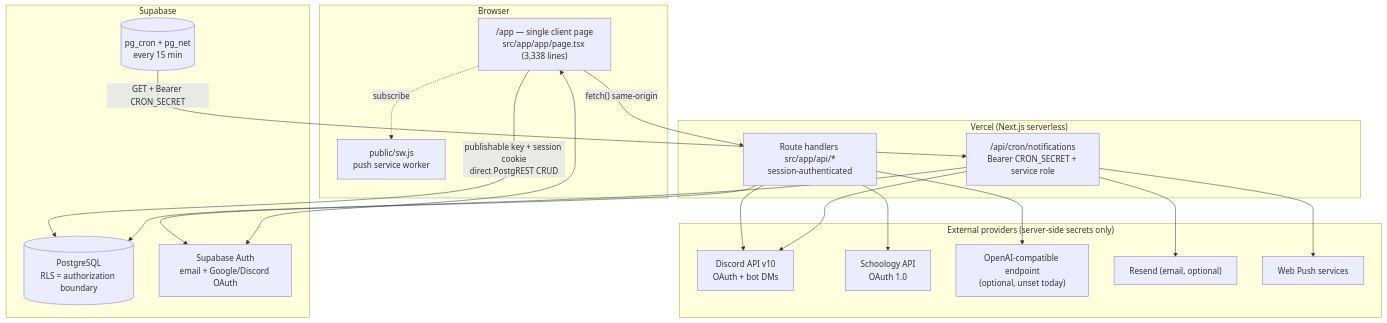
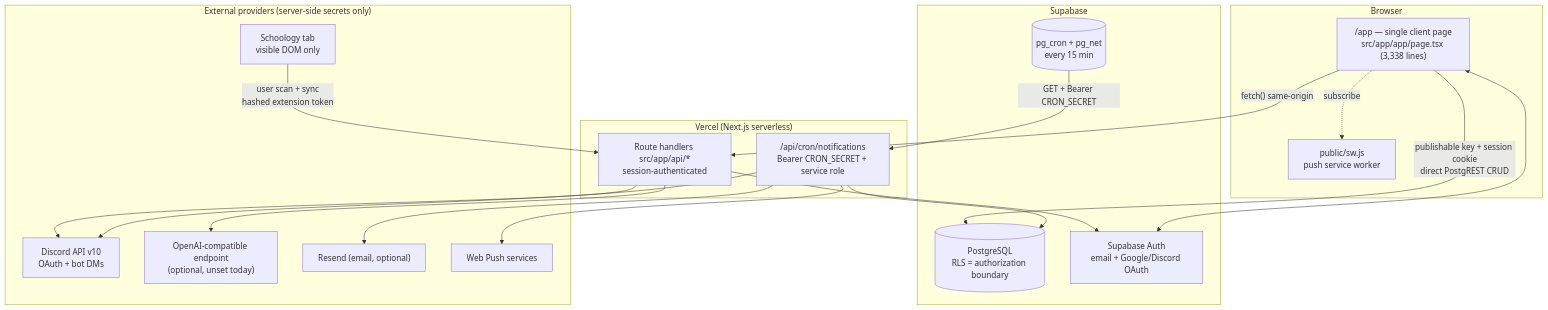
The first of 3 diagrams in docs/architecture/ARCHITECTURE.md (JustNason/daymark), drawn with Mermaid before and after one commit. The commit also changed other lines of this file and 113 other files, not shown here.

````diff
--- a/docs/architecture/ARCHITECTURE.md
+++ b/docs/architecture/ARCHITECTURE.md
@@ -14,40 +14,40 @@
 ```mermaid
 flowchart TD
     subgraph Browser
         UI["/app — single client page<br/>src/app/app/page.tsx (3,338 lines)"]
         SW["public/sw.js<br/>push service worker"]
     end
 
     subgraph Vercel["Vercel (Next.js serverless)"]
         API["Route handlers src/app/api/*<br/>session-authenticated"]
         CRON["/api/cron/notifications<br/>Bearer CRON_SECRET + service role"]
     end
 
     subgraph Supabase
         PG[("PostgreSQL<br/>RLS = authorization boundary")]
         AUTH["Supabase Auth<br/>email + Google/Discord OAuth"]
         PC[("pg_cron + pg_net<br/>every 15 min")]
     end
 
     subgraph External["External providers (server-side secrets only)"]
         DIS["Discord API v10<br/>OAuth + bot DMs"]
-        SCH["Schoology API<br/>OAuth 1.0"]
+        SCH["Schoology tab<br/>visible DOM only"]
         AI["OpenAI-compatible endpoint<br/>(optional, unset today)"]
         RES["Resend (email, optional)"]
         VAP["Web Push services"]
     end
 
     UI -->|"publishable key + session cookie<br/>direct PostgREST CRUD"| PG
     UI -->|"fetch() same-origin"| API
     UI -.->|"subscribe"| SW
     PC -->|"GET + Bearer CRON_SECRET"| CRON
     API --> AUTH
     CRON --> PG
     API --> DIS
-    API --> SCH
+    SCH -->|"user scan + sync<br/>hashed extension token"| API
     API --> AI
     CRON --> DIS
     CRON --> RES
     CRON --> VAP
     AUTH <--> UI
 ```
````
